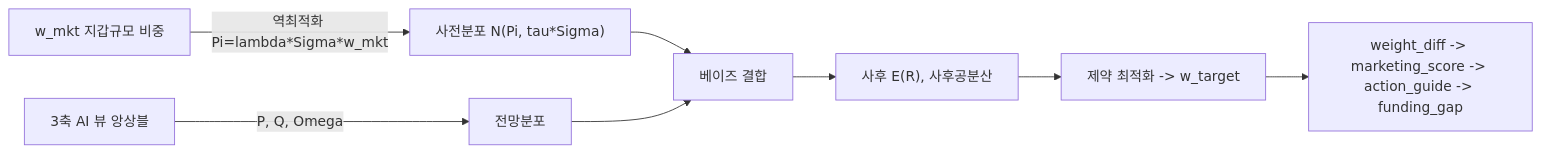
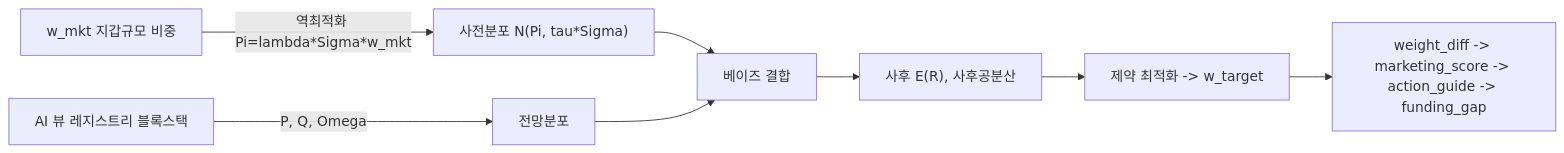
Before and after one commit to blunderblus/black_litterman_project: the first of 3 diagrams in docs/design/03-bl-model-design.md, drawn with Mermaid. The commit also changed other lines of this file and 23 other files, not shown here.

First line of the commit message:
feat(engine,eval)+docs+test: E3a — 뷰 레지스트리 블록스택 (단일 Q 병합 → 독립뷰 + off-diag 동등성)

````diff
--- a/docs/design/03-bl-model-design.md
+++ b/docs/design/03-bl-model-design.md
@@ -70,10 +70,10 @@
 ```mermaid
 flowchart LR
   MKT["w_mkt 지갑규모 비중"] -->|역최적화 Pi=lambda*Sigma*w_mkt| PRIOR["사전분포 N(Pi, tau*Sigma)"]
-  AI["3축 AI 뷰 앙상블"] -->|P, Q, Omega| VIEW["전망분포"]
+  AI["AI 뷰 레지스트리 블록스택"] -->|P, Q, Omega| VIEW["전망분포"]
   PRIOR --> BAYES["베이즈 결합"]
   VIEW --> BAYES
   BAYES --> POST["사후 E(R), 사후공분산"]
   POST --> OPT["제약 최적화 -> w_target"]
   OPT --> OUT["weight_diff -> marketing_score -> action_guide -> funding_gap"]
 ```
````
